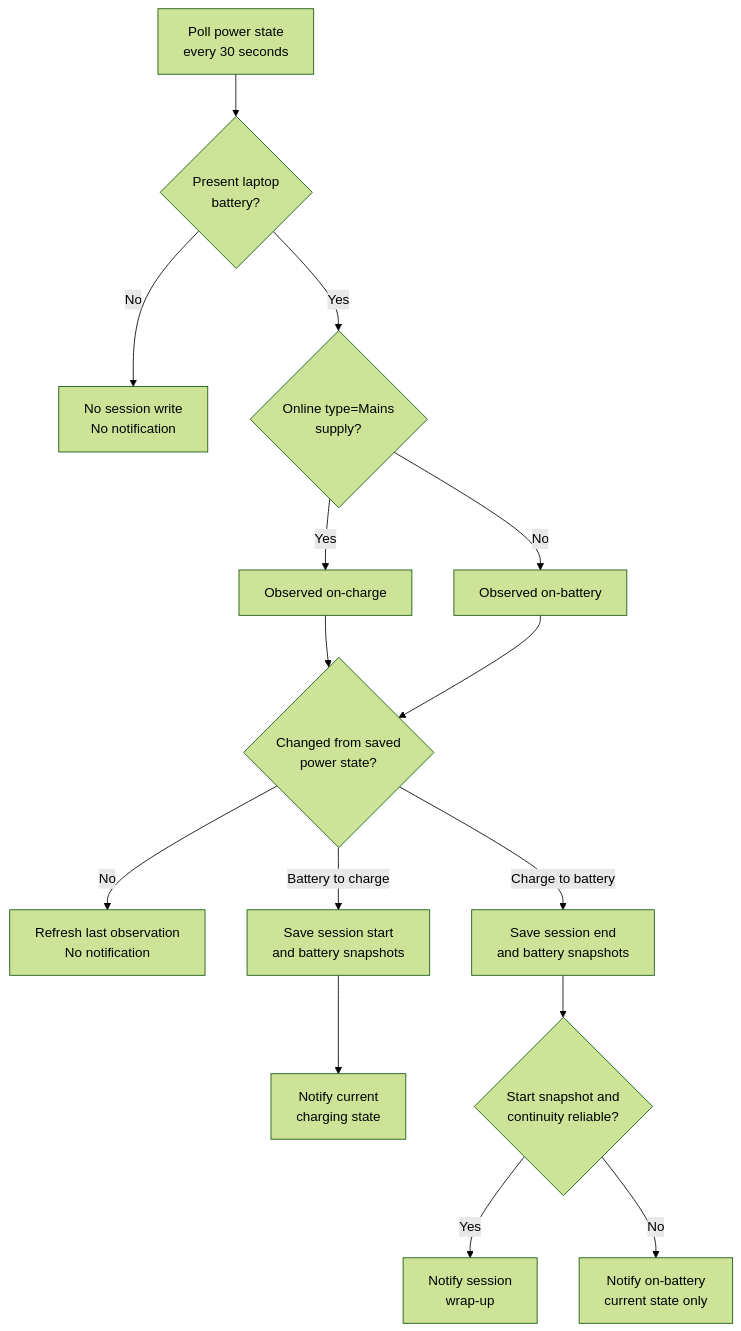
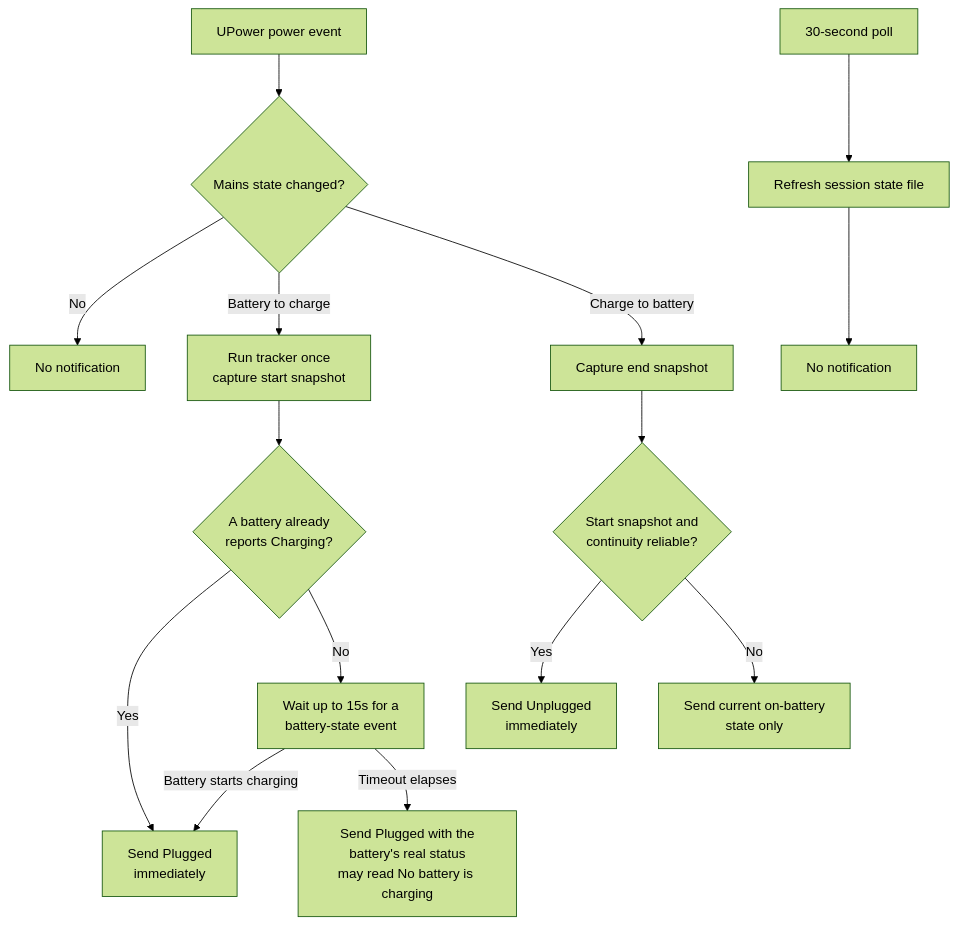
One commit to pradyumnac/omarchy-battery-monitor-plugin changed the diagram in docs/charging-session-experience.md. Above: the diagram before and after it, drawn with Mermaid (forest theme). The commit also changed other lines of this file and 4 other files, not shown here.

````diff
--- a/docs/charging-session-experience.md
+++ b/docs/charging-session-experience.md
@@ -89,17 +100,18 @@
 ```mermaid
 flowchart TD
-    poll[Poll power state<br/>every 30 seconds] --> battery{Present laptop<br/>battery?}
-    battery -- No --> stop[No session write<br/>No notification]
-    battery -- Yes --> mains{Online type=Mains<br/>supply?}
-    mains -- Yes --> charge[Observed on-charge]
-    mains -- No --> discharge[Observed on-battery]
-    charge --> changed{Changed from saved<br/>power state?}
-    discharge --> changed
-    changed -- No --> refresh[Refresh last observation<br/>No notification]
-    changed -- Battery to charge --> start[Save session start<br/>and battery snapshots]
-    start --> plug[Notify current<br/>charging state]
-    changed -- Charge to battery --> finish[Save session end<br/>and battery snapshots]
-    finish --> complete{Start snapshot and<br/>continuity reliable?}
-    complete -- Yes --> summary[Notify session<br/>wrap-up]
-    complete -- No --> fallback[Notify on-battery<br/>current state only]
+    event[UPower power event] --> changed{Mains state changed?}
+    changed -- No --> quiet[No notification]
+    changed -- Battery to charge --> once[Run tracker once<br/>capture start snapshot]
+    once --> confirmed{A battery already<br/>reports Charging?}
+    confirmed -- Yes --> plug[Send Plugged<br/>immediately]
+    confirmed -- No --> wait[Wait up to 15s for a<br/>battery-state event]
+    wait -- Battery starts charging --> plug
+    wait -- Timeout elapses --> plugFallback[Send Plugged with the<br/>battery's real status<br/>may read No battery is charging]
+    changed -- Charge to battery --> finish[Capture end snapshot]
+    finish --> reliable{Start snapshot and<br/>continuity reliable?}
+    reliable -- Yes --> unplug[Send Unplugged<br/>immediately]
+    reliable -- No --> current[Send current on-battery<br/>state only]
+
+    poll[30-second poll] --> refresh[Refresh session state file]
+    refresh --> never[No notification]
 ```
````
